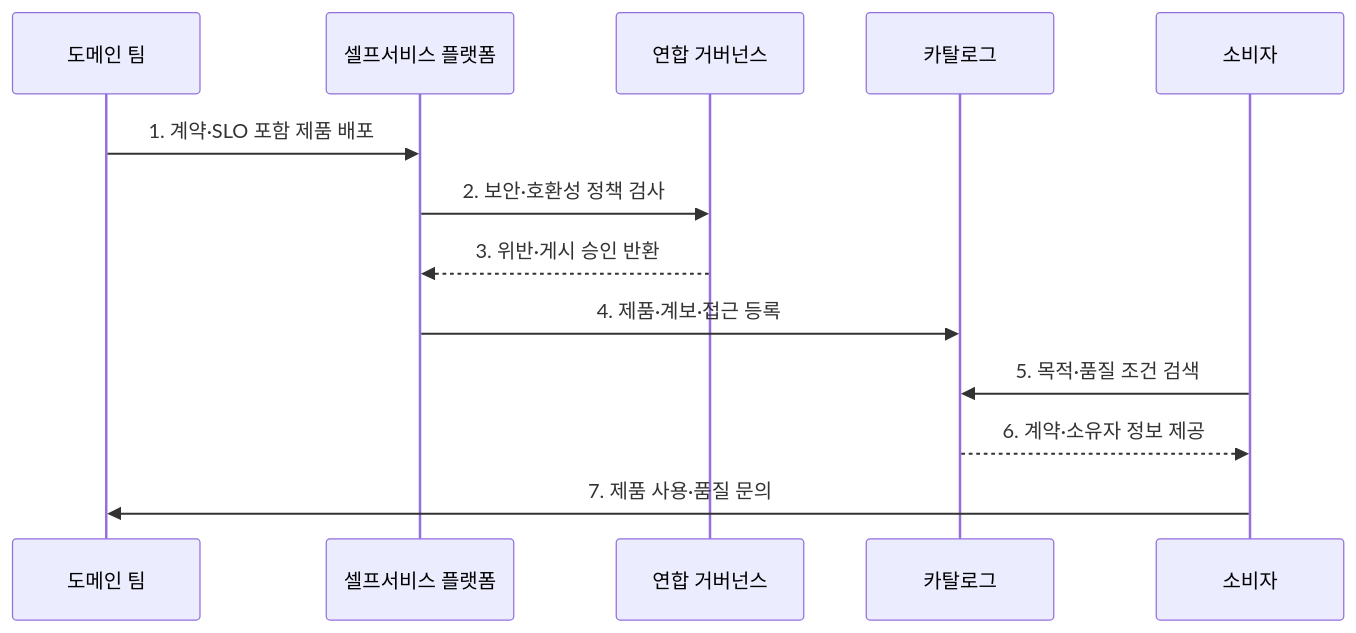
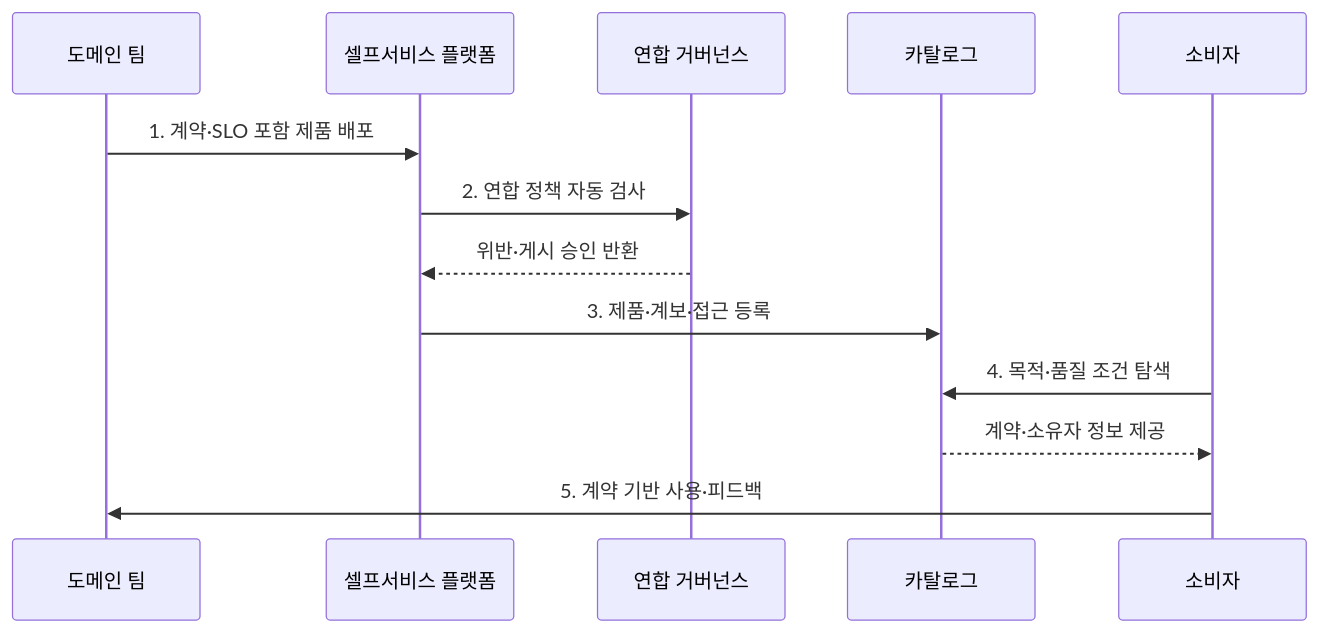
The second of 2 diagrams in src/content/docs/notes/03-software/131_data_mesh.md (agnusdei1207/knowledge-base), drawn with Mermaid before and after one commit. The commit also changed other lines of this file and 238 other files, not shown here.

````diff
--- a/src/content/docs/notes/03-software/131_data_mesh.md
+++ b/src/content/docs/notes/03-software/131_data_mesh.md
@@ -81,15 +81,15 @@
 ```mermaid
 sequenceDiagram
     participant D as 도메인 팀
     participant S as 셀프서비스 플랫폼
     participant G as 연합 거버넌스
     participant C as 카탈로그
     participant U as 소비자
     D->>S: 1. 계약·SLO 포함 제품 배포
-    S->>G: 2. 보안·호환성 정책 검사
-    G-->>S: 3. 위반·게시 승인 반환
-    S->>C: 4. 제품·계보·접근 등록
-    U->>C: 5. 목적·품질 조건 검색
-    C-->>U: 6. 계약·소유자 정보 제공
-    U->>D: 7. 제품 사용·품질 문의
+    S->>G: 2. 연합 정책 자동 검사
+    G-->>S: 위반·게시 승인 반환
+    S->>C: 3. 제품·계보·접근 등록
+    U->>C: 4. 목적·품질 조건 탐색
+    C-->>U: 계약·소유자 정보 제공
+    U->>D: 5. 계약 기반 사용·피드백
 ```
````
